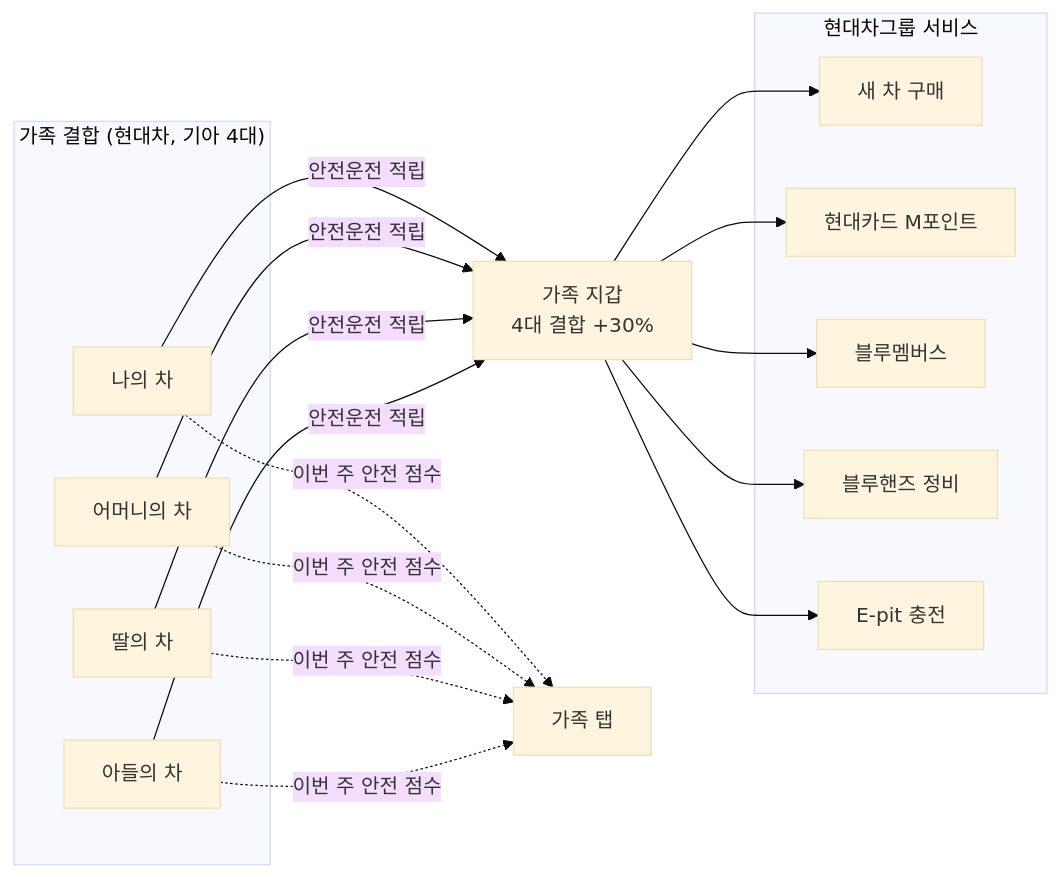
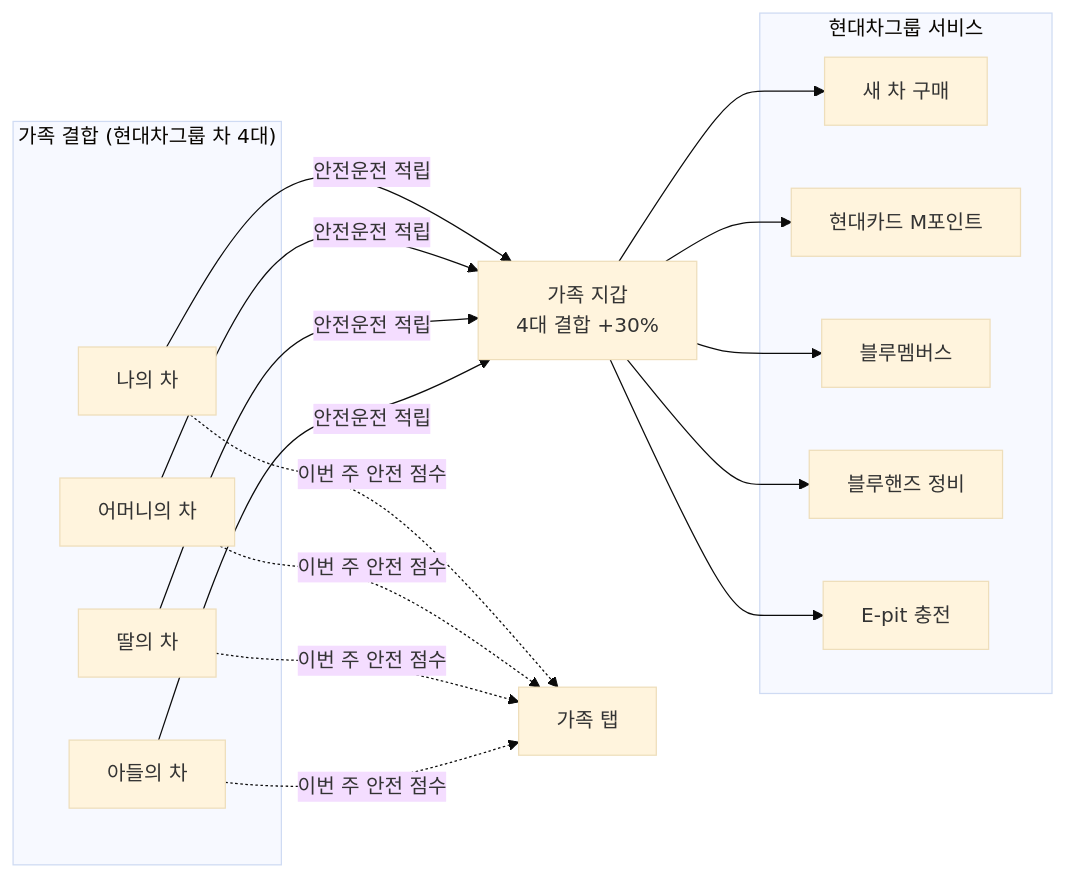
One commit to wjdtkdgns777/blue-family changed the first of 2 diagrams in README.md. Above: the diagram before and after it, drawn with Mermaid (base theme). The commit also changed other lines of this file, not shown here.

````diff
--- a/README.md
+++ b/README.md
@@ -71,19 +71,19 @@
 ```mermaid
 flowchart LR
-    subgraph F["가족 결합 (현대차, 기아 4대)"]
+    subgraph F["가족 결합 (현대차그룹 차 4대)"]
         A[나의 차]
         B[어머니의 차]
         C[딸의 차]
         D[아들의 차]
     end
     A & B & C & D -- 안전운전 적립 --> W[가족 지갑<br>4대 결합 +30%]
     A & B & C & D -. 이번 주 안전 점수 .-> P[가족 탭]
     subgraph G[현대차그룹 서비스]
         U1[새 차 구매]
         U2[현대카드 M포인트]
         U3[블루멤버스]
         U4[블루핸즈 정비]
         U5[E-pit 충전]
     end
     W --> U1 & U2 & U3 & U4 & U5
 ```
````
